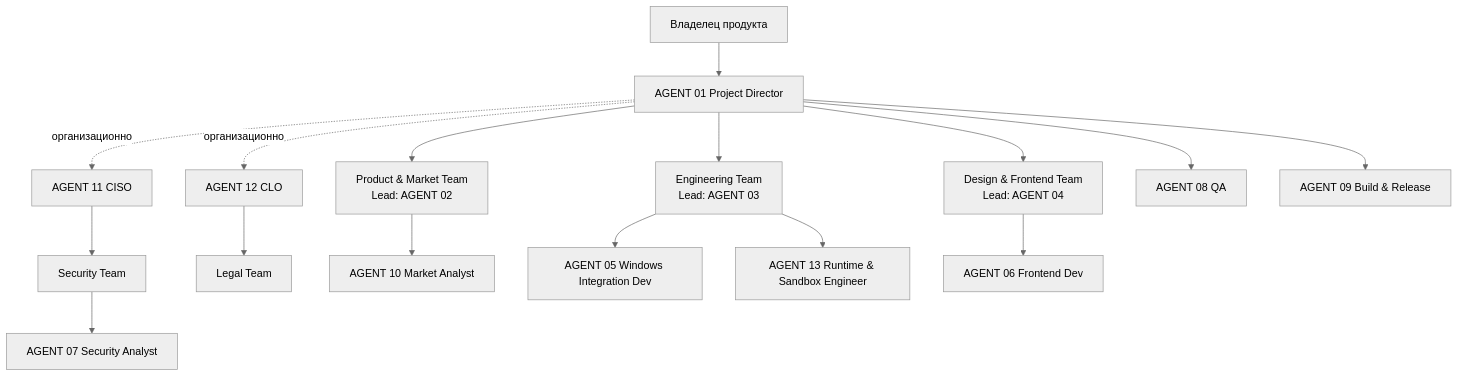
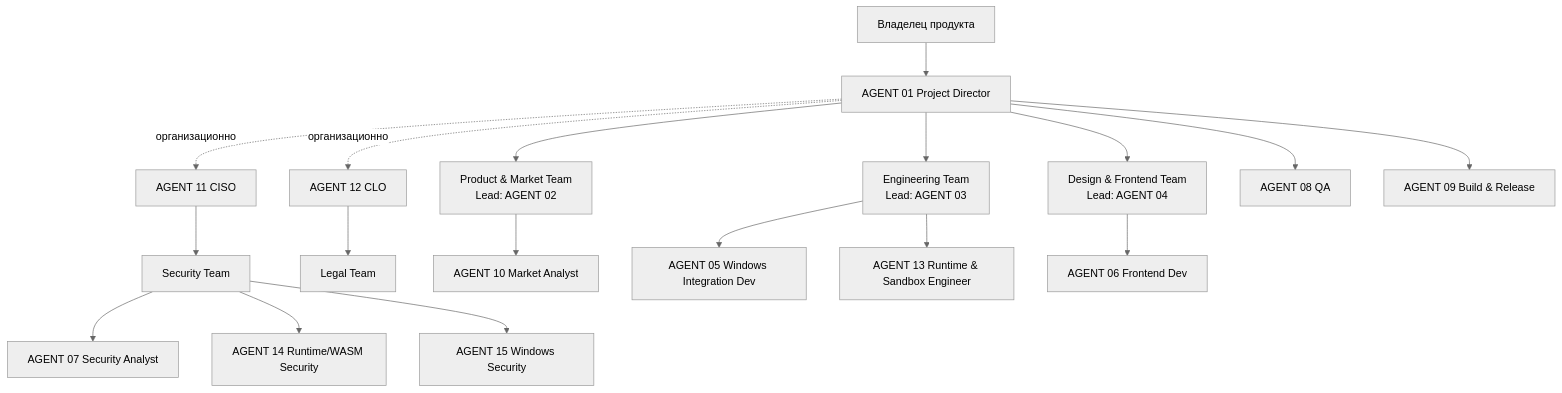
Before and after one commit to vsagirov97-pixel/KEYSWITCH-MASTER-PROJECT-INSTRUCTIONS: the diagram in docs/TEAM_STRUCTURE.md, drawn with Mermaid (neutral theme). The commit also changed other lines of this file and 2 other files, not shown here.

First line of the commit message:
team: add AGENT 14 runtime security and AGENT 15 windows security reviewers (CISO request)

````diff
--- a/docs/TEAM_STRUCTURE.md
+++ b/docs/TEAM_STRUCTURE.md
@@ -7,18 +7,20 @@
 ```mermaid
 graph TD
   OWNER[Владелец продукта] --> PD[AGENT 01 Project Director]
   PD -.->|организационно| CISO[AGENT 11 CISO]
   PD -.->|организационно| CLO[AGENT 12 CLO]
   PD --> PM[Product & Market Team<br/>Lead: AGENT 02]
   PD --> ENG[Engineering Team<br/>Lead: AGENT 03]
   PD --> DES[Design & Frontend Team<br/>Lead: AGENT 04]
   PD --> QA[AGENT 08 QA]
   PD --> REL[AGENT 09 Build & Release]
   CISO --> SEC[Security Team]
   CLO --> LEG[Legal Team]
   PM --> A10[AGENT 10 Market Analyst]
   ENG --> A05[AGENT 05 Windows Integration Dev]
   ENG --> A13[AGENT 13 Runtime & Sandbox Engineer]
   DES --> A06[AGENT 06 Frontend Dev]
   SEC --> A07[AGENT 07 Security Analyst]
+  SEC --> A14[AGENT 14 Runtime/WASM Security]
+  SEC --> A15[AGENT 15 Windows Security]
 ```
````
